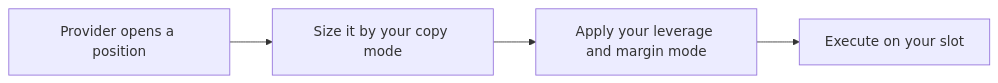
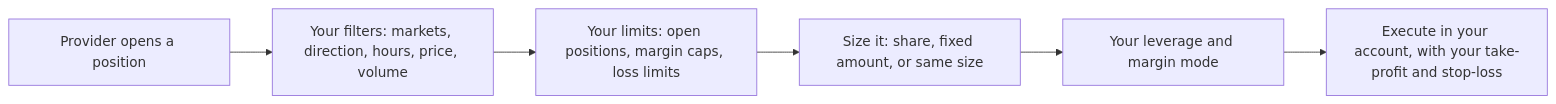
One commit to MetaStation-fi/MetaStation-Docs-and-Blogs changed the diagram in docs/concepts/copy-trading-mechanics.mdx. Above: the diagram before and after it, drawn with Mermaid. The commit also changed other lines of this file and 14 other files, not shown here.

````diff
--- a/docs/concepts/copy-trading-mechanics.mdx
+++ b/docs/concepts/copy-trading-mechanics.mdx
@@ -24,6 +29,8 @@
 ```mermaid
 graph LR
-  A["Provider opens a position"] --> B["Size it by your copy mode"]
-  B --> C["Apply your leverage and margin mode"]
-  C --> D["Execute on your slot"]
+  A["Provider opens a position"] --> F["Your filters: markets, direction, hours, price, volume"]
+  F --> L["Your limits: open positions, margin caps, loss limits"]
+  L --> B["Size it: share, fixed amount, or same size"]
+  B --> C["Your leverage and margin mode"]
+  C --> D["Execute in your account, with your take-profit and stop-loss"]
 ```
````
